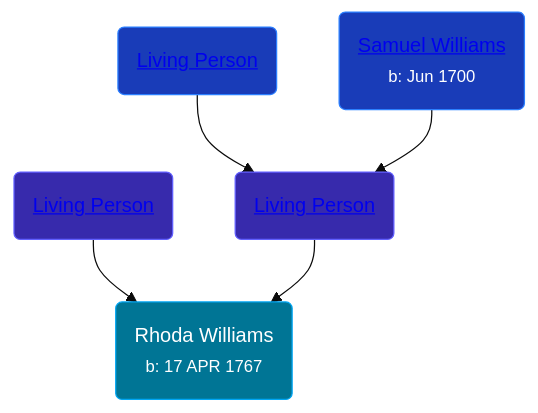
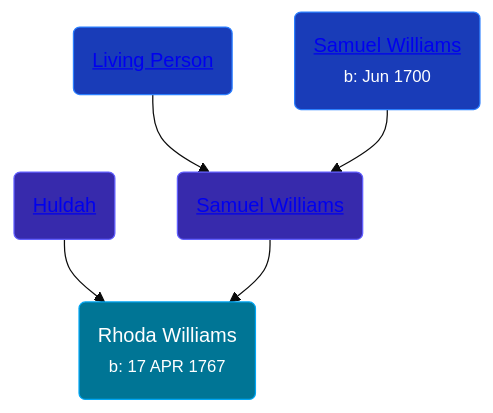
Before and after one commit to wpmgotkh/wpmgotkh.github.io: the diagram in pages/people/2/220352.md, drawn with Mermaid (base theme). The commit also changed other lines of this file and 586 other files, not shown here.

Commit message:
feat: better shouldConsiderPersonLiving algo

````diff
--- a/pages/people/2/220352.md
+++ b/pages/people/2/220352.md
@@ -11,11 +11,11 @@
 ```mermaid
 graph
 classDef grands fill:#193cb8,stroke:#2b7fff,stroke-width:1px,color:#fff;
 classDef parents fill:#372aac,stroke:#615fff,stroke-width:1px,color:#fff;
 classDef primary fill:#007595,stroke:#00a6f4,stroke-width:1px,color:#fff;
 220352(Rhoda Williams<br /><small>b: 17 APR 1767</small>):::primary
-62871690(<a class="text-white" href="/people/6/62871690">Living Person</a>):::parents-->220352
-55971024(<a class="text-white" href="/people/5/55971024">Living Person</a>):::parents-->220352
+62871690(<a class="text-white" href="/people/6/62871690">Huldah </a>):::parents-->220352
+55971024(<a class="text-white" href="/people/5/55971024">Samuel Williams</a>):::parents-->220352
 27215076(<a class="text-white" href="/people/2/27215076">Living Person</a>):::grands-->55971024
 90108080(<a class="text-white" href="/people/9/90108080">Samuel Williams</a><br /><small>b: Jun 1700</small>):::grands-->55971024
 ```
````
